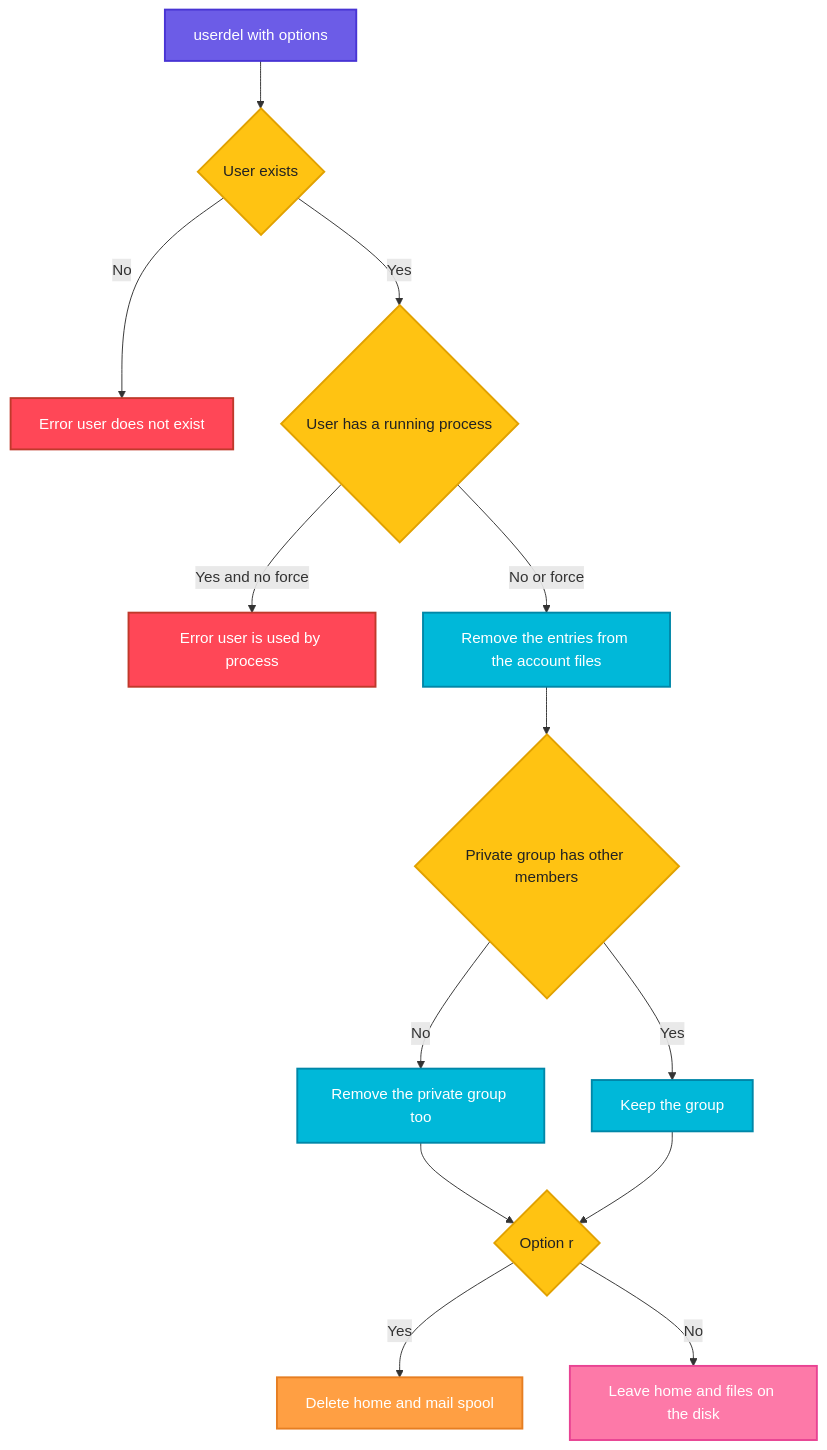
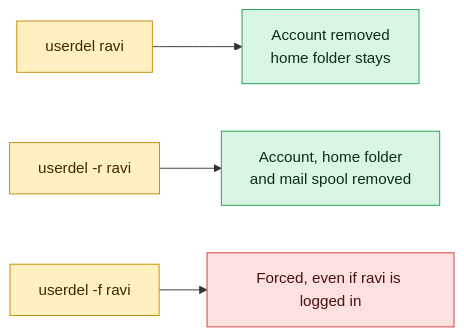
Before and after one commit to codeKerdosTech/DevOps-Documentation: the diagram in linux/user-management/userdel.md, drawn with Mermaid. The commit also changed other lines of this file and 165 other files, not shown here.

Commit message:
updated diagrams in linux

````diff
--- a/linux/user-management/userdel.md
+++ b/linux/user-management/userdel.md
@@ -36,28 +36,14 @@
 ```mermaid
-flowchart TD
-    A[userdel with options] --> B{User exists}
-    B -->|No| C[Error user does not exist]
-    B -->|Yes| D{User has a running process}
-    D -->|Yes and no force| E[Error user is used by process]
-    D -->|No or force| F[Remove the entries from the account files]
-    F --> G{Private group has other members}
-    G -->|No| H[Remove the private group too]
-    G -->|Yes| I[Keep the group]
-    H --> J{Option r}
-    I --> J
-    J -->|Yes| K[Delete home and mail spool]
-    J -->|No| L[Leave home and files on the disk]
-    classDef start fill:#6C5CE7,stroke:#4834D4,stroke-width:2px,color:#fff
-    classDef proc fill:#00B8D9,stroke:#0087A8,stroke-width:2px,color:#fff
-    classDef dec fill:#FFC312,stroke:#E1A100,stroke-width:2px,color:#222
-    classDef ok fill:#2ECC71,stroke:#1E8449,stroke-width:2px,color:#fff
-    classDef err fill:#FF4757,stroke:#C0392B,stroke-width:2px,color:#fff
-    classDef out fill:#FD79A8,stroke:#E84393,stroke-width:2px,color:#fff
-    classDef alt fill:#FF9F43,stroke:#E67E22,stroke-width:2px,color:#fff
-    class A start
-    class B,D,G,J dec
-    class C,E err
-    class F,H,I proc
-    class K alt
-    class L out
+flowchart LR
+    c1[userdel ravi] --> o1[Account removed<br/>home folder stays]
+    c2[userdel -r ravi] --> o2[Account, home folder<br/>and mail spool removed]
+    c3[userdel -f ravi] --> x1[Forced, even if ravi is logged in]
+    classDef inp fill:#DCEBFF,stroke:#2F6FDE,color:#10213F
+    classDef cmd fill:#FFF0C2,stroke:#C98A00,color:#3A2A00
+    classDef out fill:#D9F5E3,stroke:#1F9D55,color:#0B2E1A
+    classDef bad fill:#FDE0E0,stroke:#D13B3B,color:#4A0F0F
+    classDef note fill:#ECEFF3,stroke:#7B8794,color:#1F2933
+    class c1,c2,c3 cmd
+    class o1,o2 out
+    class x1 bad
 ```
````
